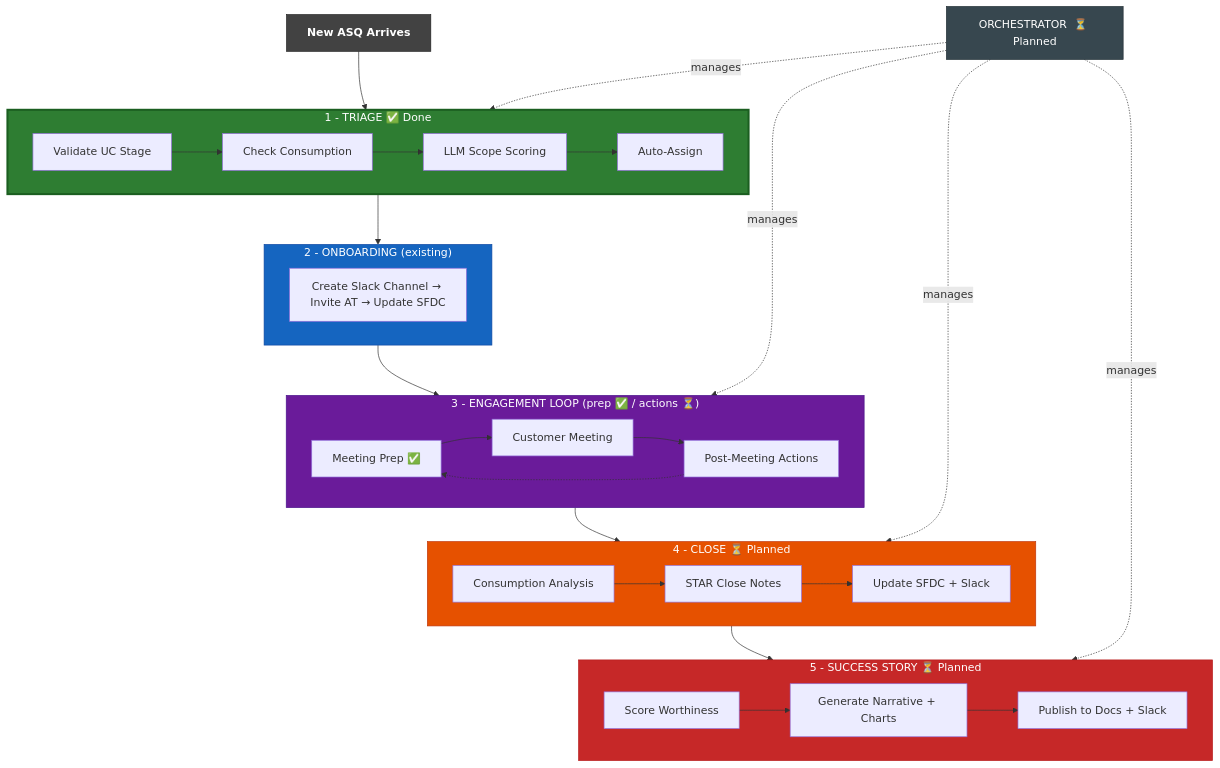
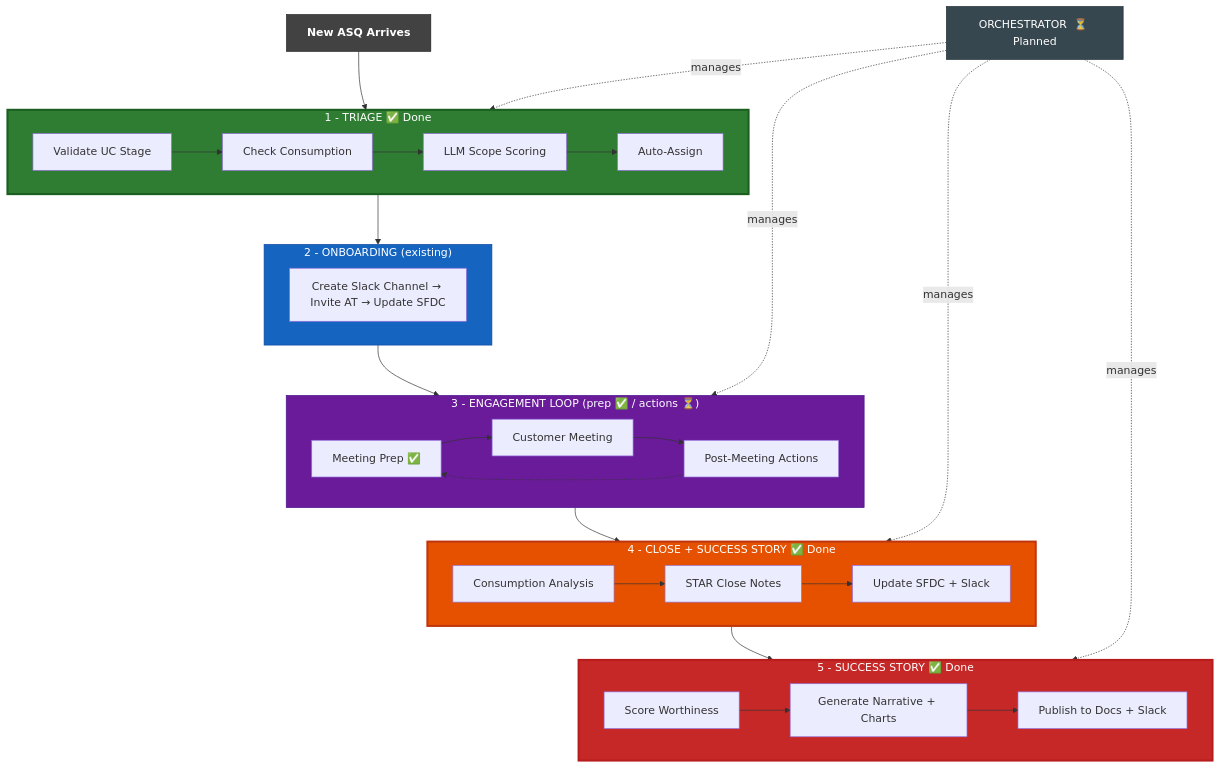
One commit to shdzhang/emea-sts-productivity-hackathon changed the diagram in README.md. Above: the diagram before and after it, drawn with Mermaid. The commit also changed other lines of this file, not shown here.

First line of the commit message:
Update README: mark success-story-generator as done by Nada

````diff
--- a/README.md
+++ b/README.md
@@ -13,51 +13,51 @@
 ```mermaid
 graph TD
     A["<b>New ASQ Arrives</b>"] --> B
 
     subgraph B["1 - TRIAGE  ✅ Done"]
         B1["Validate UC Stage"] --> B2["Check Consumption"]
         B2 --> B3["LLM Scope Scoring"]
         B3 --> B4["Auto-Assign"]
     end
 
     B --> C
 
     subgraph C["2 - ONBOARDING  (existing)"]
         C1["Create Slack Channel → Invite AT → Update SFDC"]
     end
 
     C --> D
 
     subgraph D["3 - ENGAGEMENT LOOP  (prep ✅ / actions ⏳)"]
         D1["Meeting Prep ✅"] --> D2["Customer Meeting"]
         D2 --> D3["Post-Meeting Actions"]
         D3 -.-> D1
     end
 
     D --> E
 
-    subgraph E["4 - CLOSE  ⏳ Planned"]
+    subgraph E["4 - CLOSE + SUCCESS STORY  ✅ Done"]
         E1["Consumption Analysis"] --> E2["STAR Close Notes"]
         E2 --> E3["Update SFDC + Slack"]
     end
 
     E --> F
 
-    subgraph F["5 - SUCCESS STORY  ⏳ Planned"]
+    subgraph F["5 - SUCCESS STORY  ✅ Done"]
         F1["Score Worthiness"] --> F2["Generate Narrative + Charts"]
         F2 --> F3["Publish to Docs + Slack"]
     end
 
     G["ORCHESTRATOR  ⏳ Planned"] -.->|"manages"| B
     G -.->|"manages"| D
     G -.->|"manages"| E
     G -.->|"manages"| F
 
     style B fill:#2e7d32,color:#fff,stroke:#1b5e20,stroke-width:3px
     style C fill:#1565c0,color:#fff,stroke:#0d47a1
     style D fill:#6a1b9a,color:#fff,stroke:#4a148c
-    style E fill:#e65100,color:#fff,stroke:#bf360c
-    style F fill:#c62828,color:#fff,stroke:#b71c1c
+    style E fill:#e65100,color:#fff,stroke:#bf360c,stroke-width:3px
+    style F fill:#c62828,color:#fff,stroke:#b71c1c,stroke-width:3px
     style G fill:#37474f,color:#fff,stroke:#263238
     style A fill:#424242,color:#fff,stroke:#212121
 ```
````
